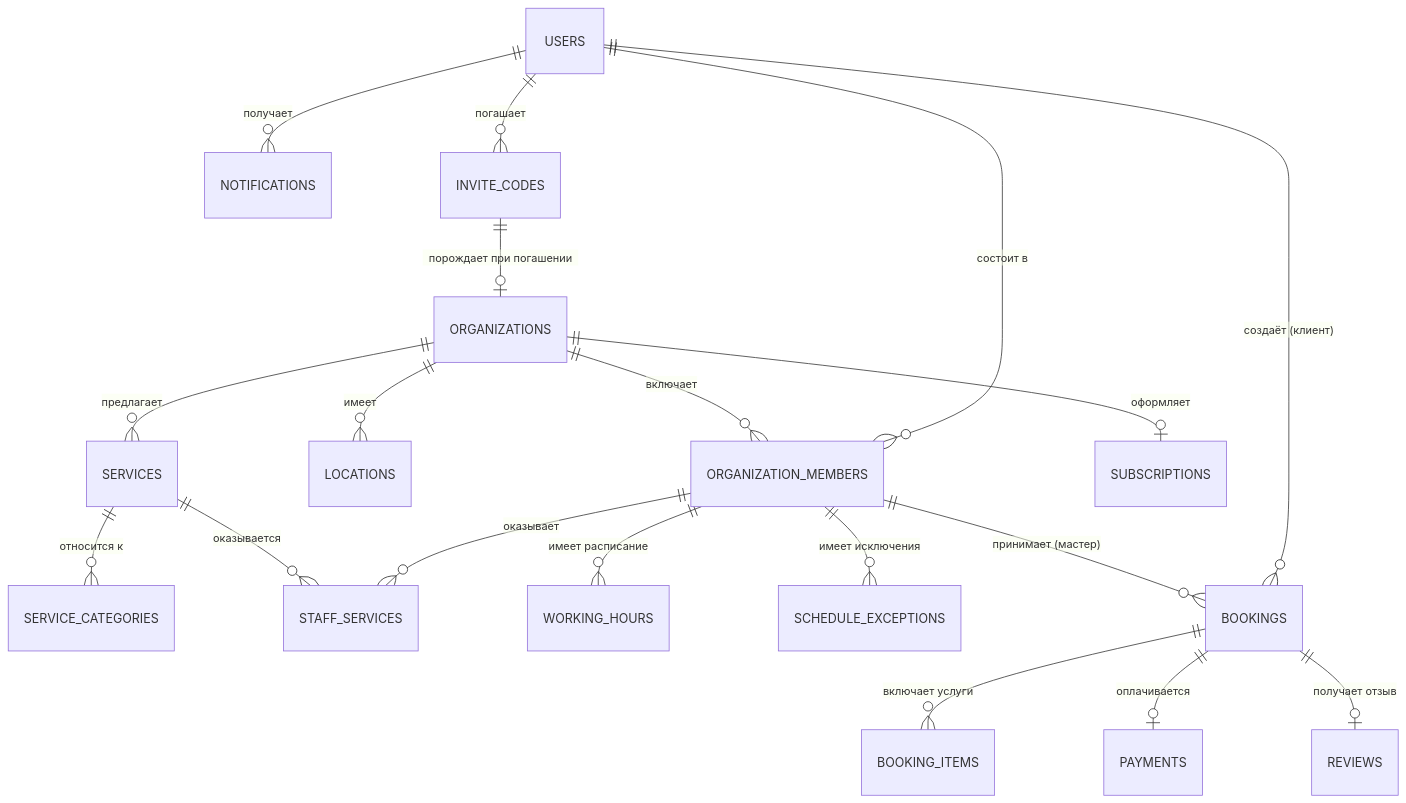
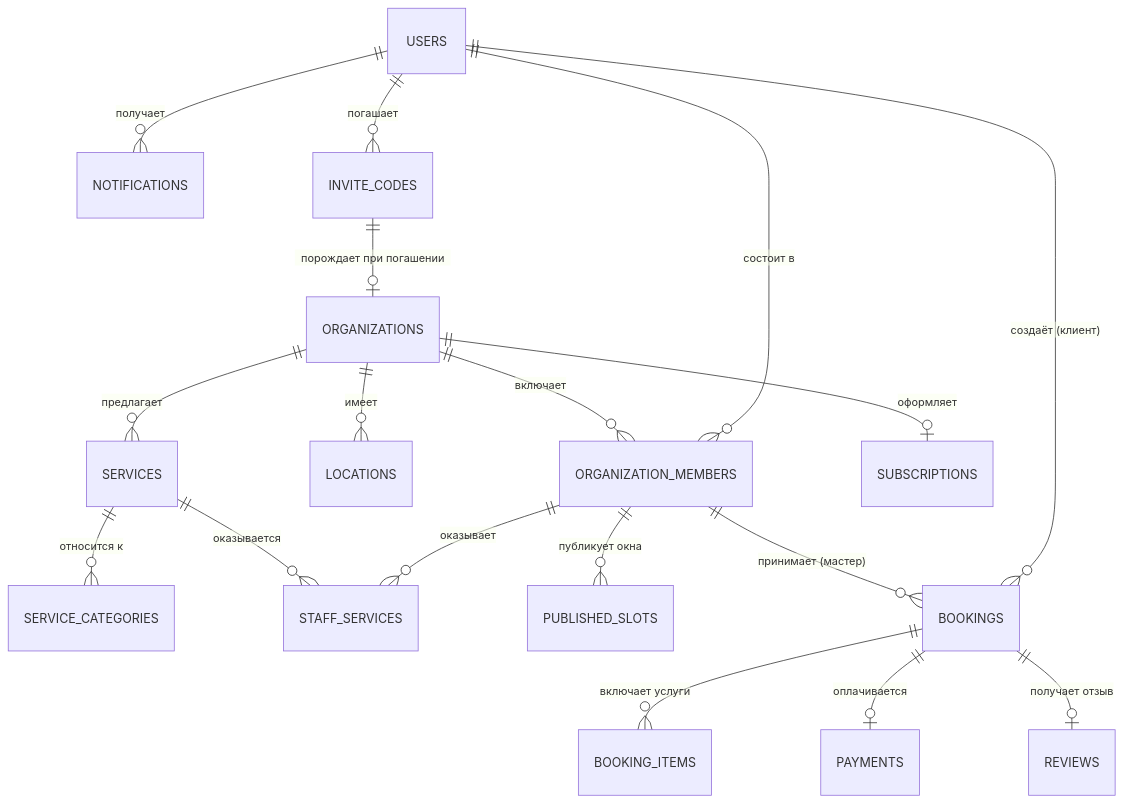
The diagram in DATABASE.md (lazybirdshop-star/beauty-lv), drawn with Mermaid before and after one commit. The commit also changed other lines of this file and 14 other files, not shown here.

````diff
--- a/DATABASE.md
+++ b/DATABASE.md
@@ -17,21 +17,20 @@
 ```mermaid
 erDiagram
     USERS ||--o{ ORGANIZATION_MEMBERS : "состоит в"
     ORGANIZATIONS ||--o{ ORGANIZATION_MEMBERS : "включает"
     ORGANIZATIONS ||--o{ LOCATIONS : "имеет"
     ORGANIZATIONS ||--o{ SERVICES : "предлагает"
     SERVICES ||--o{ SERVICE_CATEGORIES : "относится к"
     ORGANIZATION_MEMBERS ||--o{ STAFF_SERVICES : "оказывает"
     SERVICES ||--o{ STAFF_SERVICES : "оказывается"
-    ORGANIZATION_MEMBERS ||--o{ WORKING_HOURS : "имеет расписание"
-    ORGANIZATION_MEMBERS ||--o{ SCHEDULE_EXCEPTIONS : "имеет исключения"
+    ORGANIZATION_MEMBERS ||--o{ PUBLISHED_SLOTS : "публикует окна"
     USERS ||--o{ BOOKINGS : "создаёт (клиент)"
     ORGANIZATION_MEMBERS ||--o{ BOOKINGS : "принимает (мастер)"
     BOOKINGS ||--o{ BOOKING_ITEMS : "включает услуги"
     BOOKINGS ||--o| PAYMENTS : "оплачивается"
     BOOKINGS ||--o| REVIEWS : "получает отзыв"
     ORGANIZATIONS ||--o| SUBSCRIPTIONS : "оформляет"
     USERS ||--o{ NOTIFICATIONS : "получает"
     INVITE_CODES ||--o| ORGANIZATIONS : "порождает при погашении"
     USERS ||--o{ INVITE_CODES : "погашает"
 ```
````
